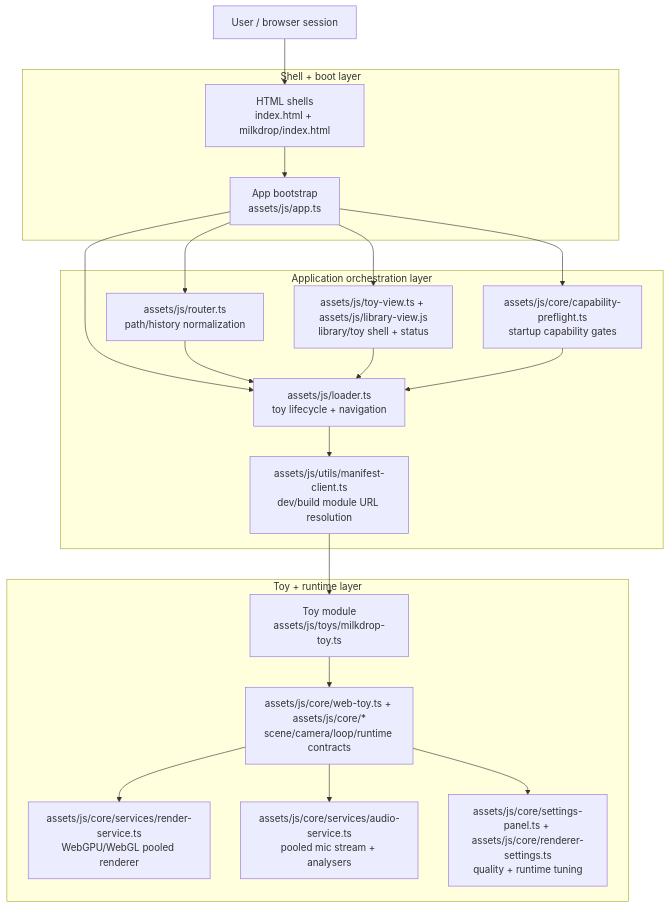
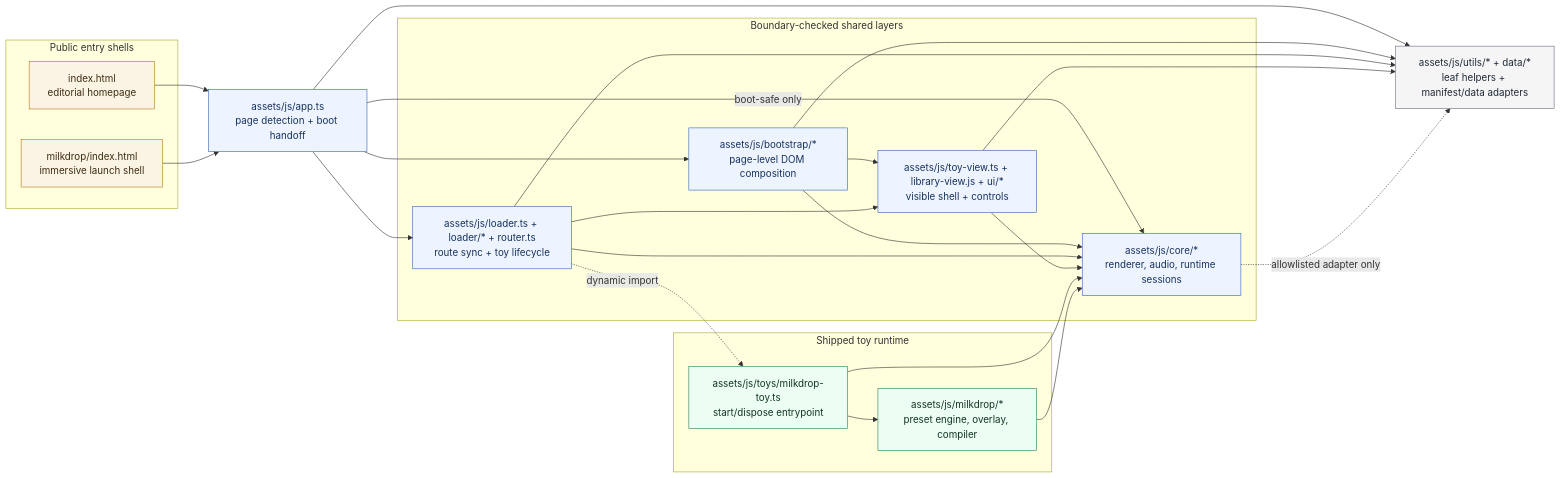
One commit to zz-plant/stims changed the first of 5 diagrams in docs/ARCHITECTURE.md. Above: the diagram before and after it, drawn with Mermaid. The commit also changed other lines of this file and 12 other files, not shown here.

````diff
--- a/docs/ARCHITECTURE.md
+++ b/docs/ARCHITECTURE.md
@@ -19,38 +20,53 @@
 ```mermaid
-flowchart TB
-  User[User / browser session]
+flowchart LR
+  classDef shellNode fill:#fbf3e4,stroke:#b7791f,color:#3d2d13,stroke-width:1px;
+  classDef checkedNode fill:#eef4ff,stroke:#3867b7,color:#17325c,stroke-width:1px;
+  classDef runtimeNode fill:#ecfdf3,stroke:#2f855a,color:#123524,stroke-width:1px;
+  classDef leafNode fill:#f5f5f5,stroke:#6b7280,color:#1f2937,stroke-width:1px;
 
-  subgraph ShellLayer[Shell + boot layer]
-    Shell[HTML shells\nindex.html + milkdrop/index.html]
-    App[App bootstrap\nassets/js/app.ts]
+  subgraph PublicShells[Public entry shells]
+    Home["index.html<br/>editorial homepage"]
+    MilkdropShell["milkdrop/index.html<br/>immersive launch shell"]
   end
 
-  subgraph AppLayer[Application orchestration layer]
-    Router[assets/js/router.ts\npath/history normalization]
-    Loader[assets/js/loader.ts\ntoy lifecycle + navigation]
-    Views[assets/js/toy-view.ts + assets/js/library-view.js\nlibrary/toy shell + status]
-    Preflight[assets/js/core/capability-preflight.ts\nstartup capability gates]
-    Manifest[assets/js/utils/manifest-client.ts\ndev/build module URL resolution]
+  App["assets/js/app.ts<br/>page detection + boot handoff"]
+
+  subgraph SharedLayers[Boundary-checked shared layers]
+    Bootstrap["assets/js/bootstrap/*<br/>page-level DOM composition"]
+    Loader["assets/js/loader.ts + loader/* + router.ts<br/>route sync + toy lifecycle"]
+    UI["assets/js/toy-view.ts + library-view.js + ui/*<br/>visible shell + controls"]
+    Core["assets/js/core/*<br/>renderer, audio, runtime sessions"]
   end
 
-  subgraph RuntimeLayer[Toy + runtime layer]
-    Toy[Toy module\nassets/js/toys/milkdrop-toy.ts]
-    Core[assets/js/core/web-toy.ts + assets/js/core/*\nscene/camera/loop/runtime contracts]
-    Renderer[assets/js/core/services/render-service.ts\nWebGPU/WebGL pooled renderer]
-    Audio[assets/js/core/services/audio-service.ts\npooled mic stream + analysers]
-    Settings[assets/js/core/settings-panel.ts + assets/js/core/renderer-settings.ts\nquality + runtime tuning]
+  Utils["assets/js/utils/* + data/*<br/>leaf helpers + manifest/data adapters"]
+
+  subgraph ToyRuntime[Shipped toy runtime]
+    Toy["assets/js/toys/milkdrop-toy.ts<br/>start/dispose entrypoint"]
+    Milkdrop["assets/js/milkdrop/*<br/>preset engine, overlay, compiler"]
   end
 
-  User --> Shell --> App
-  App --> Router
+  Home --> App
+  MilkdropShell --> App
+  App --> Bootstrap
   App --> Loader
-  App --> Views
-  App --> Preflight
-  Loader --> Manifest --> Toy --> Core
-  Core --> Renderer
-  Core --> Audio
-  Core --> Settings
-  Router --> Loader
-  Views --> Loader
-  Preflight --> Loader
+  App -->|boot-safe only| Core
+  App --> Utils
+  Bootstrap --> UI
+  Bootstrap --> Core
+  Bootstrap --> Utils
+  Loader --> UI
+  Loader --> Core
+  Loader --> Utils
+  UI --> Core
+  UI --> Utils
+  Core -. "allowlisted adapter only" .-> Utils
+  Loader -. "dynamic import" .-> Toy
+  Toy --> Core
+  Toy --> Milkdrop
+  Milkdrop --> Core
+
+  class Home,MilkdropShell shellNode;
+  class App,Bootstrap,Loader,UI,Core checkedNode;
+  class Toy,Milkdrop runtimeNode;
+  class Utils leafNode;
 ```
````
